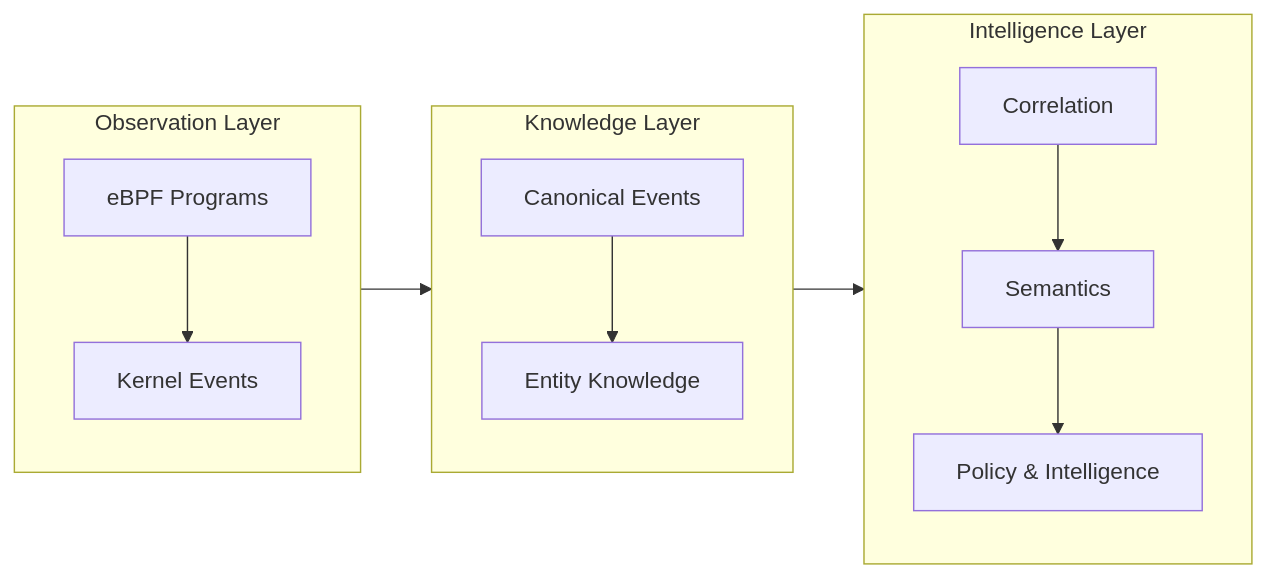
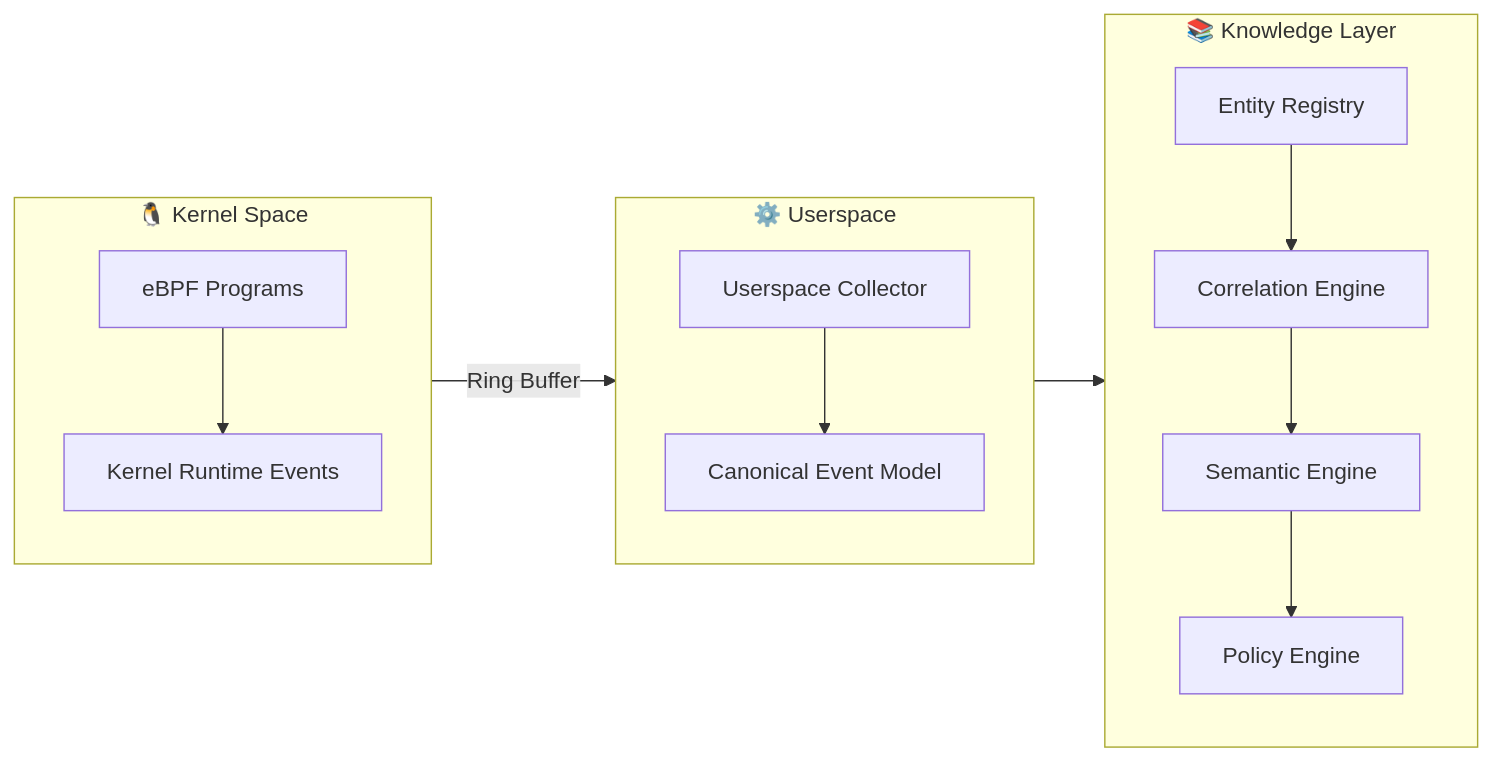
One commit to bhanuprakasheagala/eTraceGen-eBPFEventTelemetryEngine changed the first of 2 diagrams in README.md. Above: the diagram before and after it, drawn with Mermaid. The commit also changed other lines of this file, not shown here.

````diff
--- a/README.md
+++ b/README.md
@@ -28,28 +33,29 @@
 ```mermaid
 flowchart LR
 
-subgraph OBS["Observation Layer"]
+subgraph KERNEL["🐧 Kernel Space"]
     direction TB
     A[eBPF Programs]
-    B[Kernel Events]
+    B[Kernel Runtime Events]
     A --> B
 end
 
-subgraph KNOW["Knowledge Layer"]
+subgraph USER["⚙️ Userspace"]
     direction TB
-    C[Canonical Events]
-    D[Entity Knowledge]
+    C[Userspace Collector]
+    D[Canonical Event Model]
     C --> D
 end
 
-subgraph INTEL["Intelligence Layer"]
+subgraph KNOW["📚 Knowledge Layer"]
     direction TB
-    E[Correlation]
-    F[Semantics]
-    G[Policy & Intelligence]
-    E --> F --> G
+    E[Entity Registry]
+    F[Correlation Engine]
+    G[Semantic Engine]
+    H[Policy Engine]
+    E --> F --> G --> H
 end
 
-B --> C
+B -->|Ring Buffer| C
 D --> E
 ```
````
